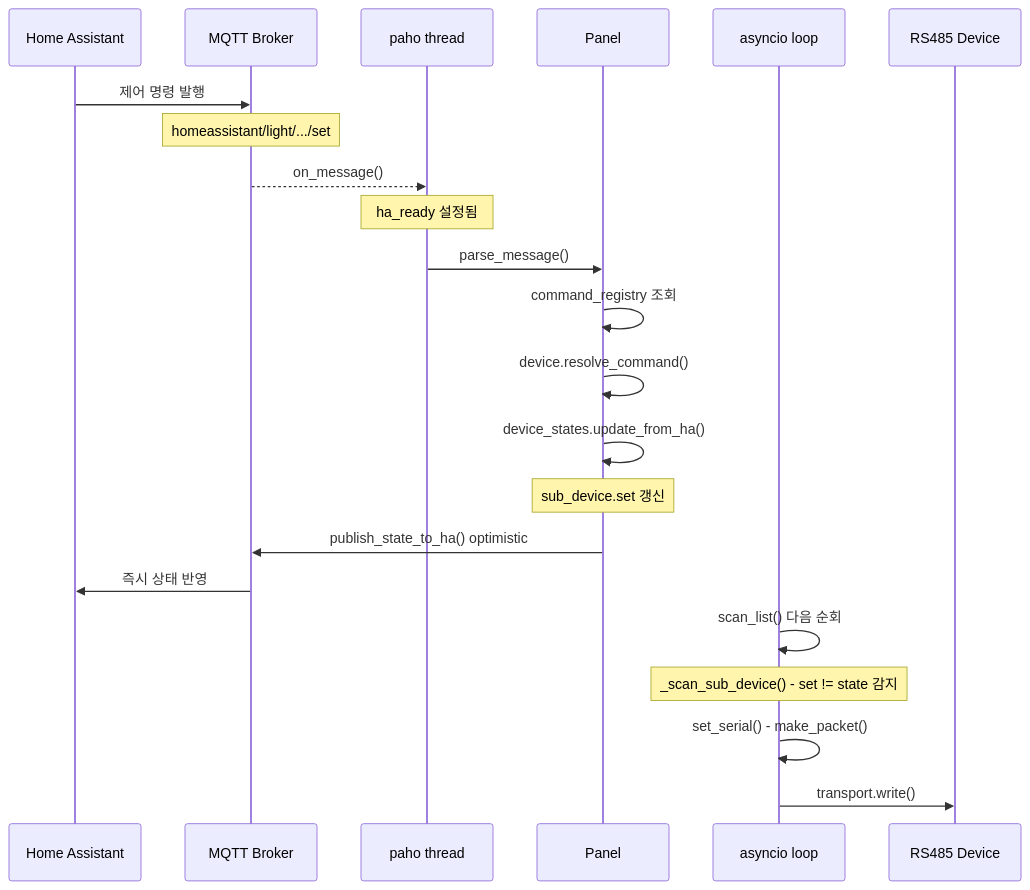
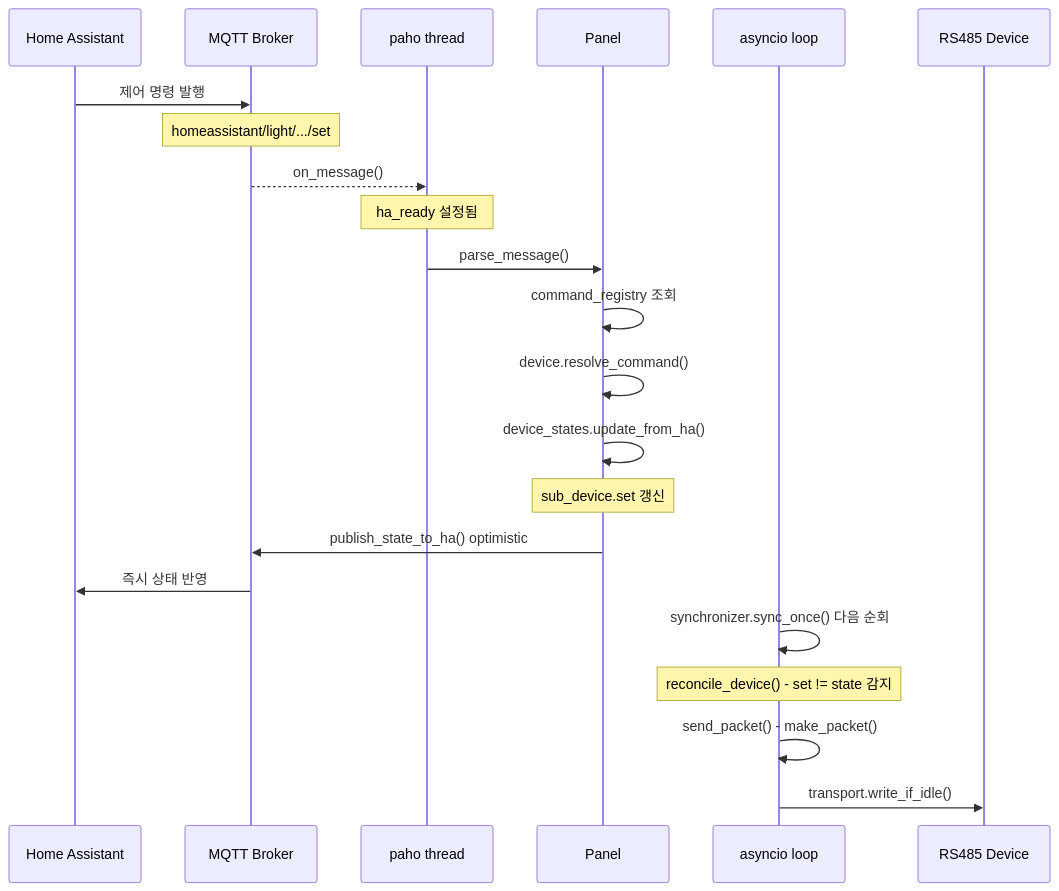
Before and after one commit to indielife/wallpad-mqtt-bridge: the second of 3 diagrams in docs/sequences.md, drawn with Mermaid. The commit also changed other lines of this file and 1 other file, not shown here.

First line of the commit message:
📝 docs(architecture): 코드 드리프트 정정 및 깨진 링크 수정 (#150)

````diff
--- a/docs/sequences.md
+++ b/docs/sequences.md
@@ -55,27 +55,27 @@
 ```mermaid
 sequenceDiagram
     participant HA as Home Assistant
     participant Broker as MQTT Broker
     participant paho as paho thread
     participant Panel
     participant aloop as asyncio loop
     participant RS485 as RS485 Device
 
     HA->>Broker: 제어 명령 발행
     Note over Broker: homeassistant/light/.../set
     Broker-->>paho: on_message()
     Note over paho: ha_ready 설정됨
 
     paho->>Panel: parse_message()
     Panel->>Panel: command_registry 조회
     Panel->>Panel: device.resolve_command()
     Panel->>Panel: device_states.update_from_ha()
     Note over Panel: sub_device.set 갱신
     Panel->>Broker: publish_state_to_ha() optimistic
     Broker->>HA: 즉시 상태 반영
 
-    aloop->>aloop: scan_list() 다음 순회
-    Note over aloop: _scan_sub_device() - set != state 감지
-    aloop->>aloop: set_serial() - make_packet()
-    aloop->>RS485: transport.write()
+    aloop->>aloop: synchronizer.sync_once() 다음 순회
+    Note over aloop: reconcile_device() - set != state 감지
+    aloop->>aloop: send_packet() - make_packet()
+    aloop->>RS485: transport.write_if_idle()
 ```
````
